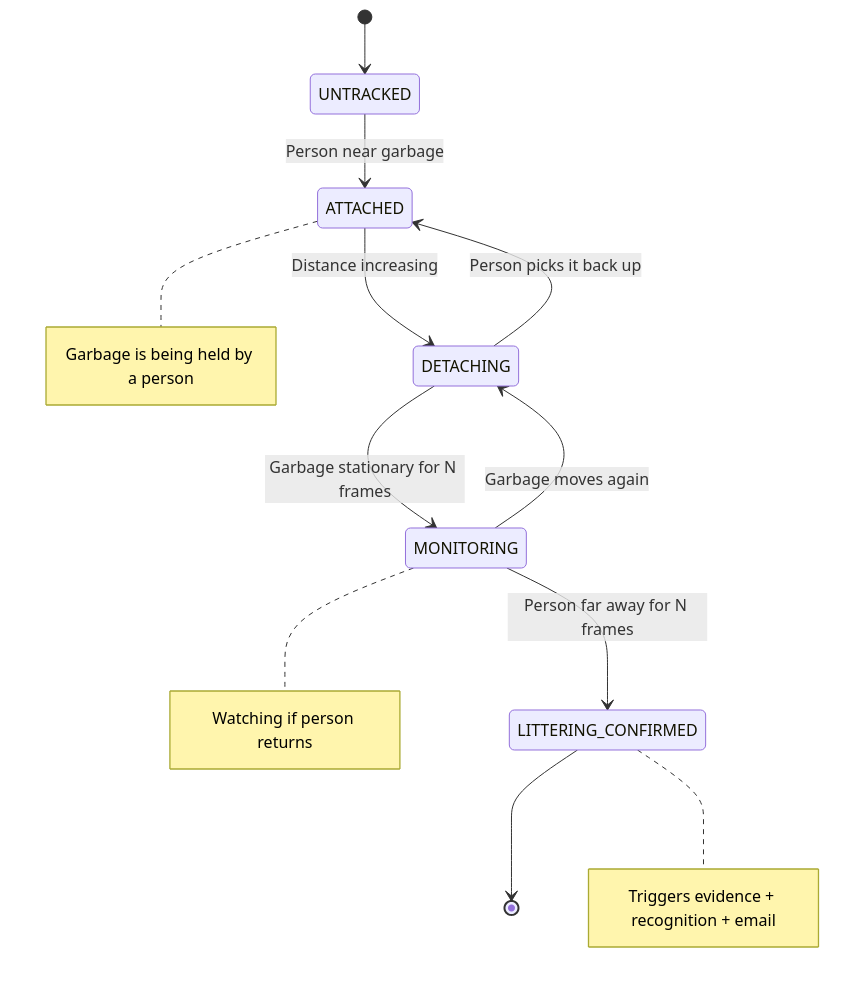
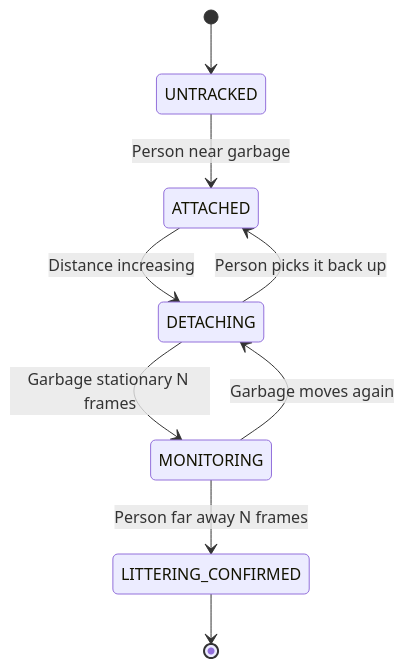
One commit to AryanV-Coder/ProjectDrishti-SwachhBharat changed the fourth of 4 diagrams in README.md. Above: the diagram before and after it, drawn with Mermaid. The commit also changed other lines of this file, not shown here.

````diff
--- a/README.md
+++ b/README.md
@@ -106,15 +106,11 @@
 ```mermaid
 stateDiagram-v2
     [*] --> UNTRACKED
     UNTRACKED --> ATTACHED : Person near garbage
     ATTACHED --> DETACHING : Distance increasing
     DETACHING --> ATTACHED : Person picks it back up
-    DETACHING --> MONITORING : Garbage stationary for N frames
+    DETACHING --> MONITORING : Garbage stationary N frames
     MONITORING --> DETACHING : Garbage moves again
-    MONITORING --> LITTERING_CONFIRMED : Person far away for N frames
+    MONITORING --> LITTERING_CONFIRMED : Person far away N frames
     LITTERING_CONFIRMED --> [*]
-
-    note right of ATTACHED : Garbage is being held by a person
-    note right of MONITORING : Watching if person returns
-    note right of LITTERING_CONFIRMED : Triggers evidence + recognition + email
 ```
````
